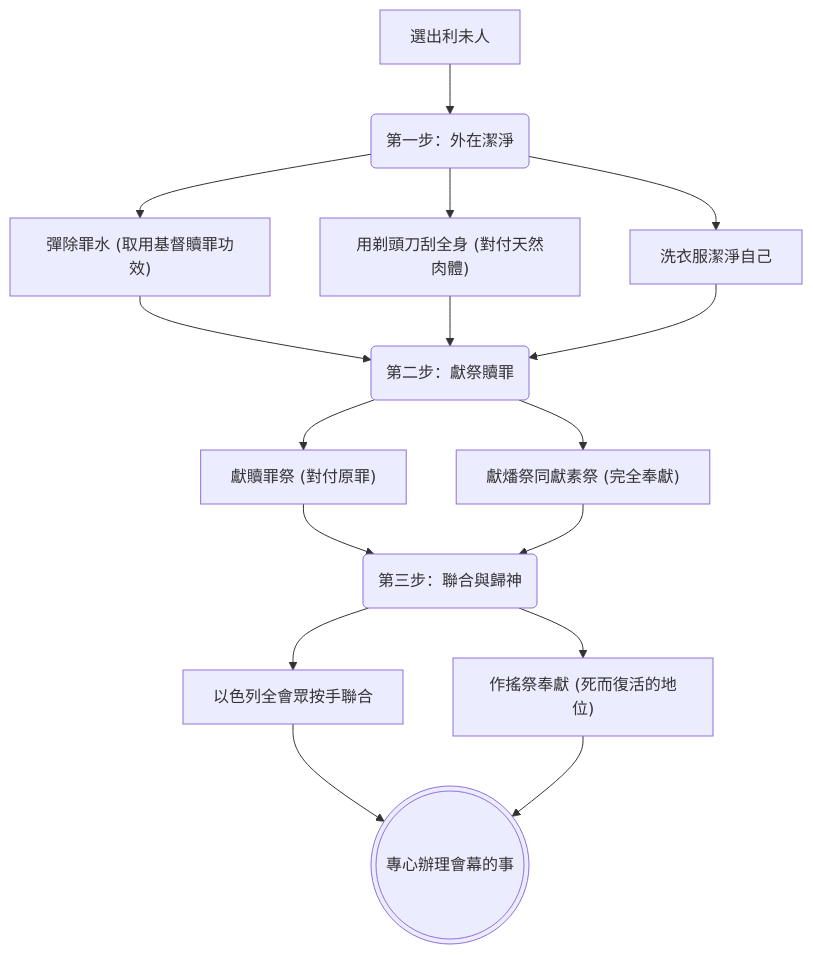
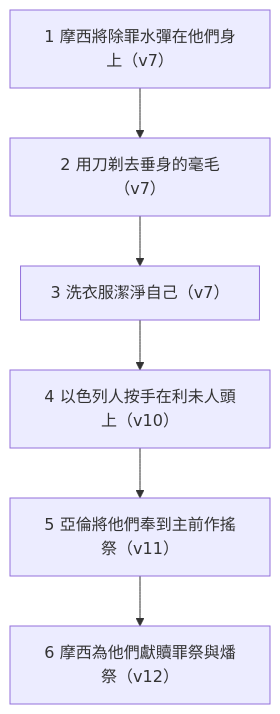
One commit to andyjr5566/Bible_wiki_zh changed the diagram in 04 民數記/第8章.md. Above: the diagram before and after it, drawn with Mermaid. The commit also changed other lines of this file and 44 other files, not shown here.

````diff
--- a/04 民數記/第8章.md
+++ b/04 民數記/第8章.md
@@ -83,14 +91,8 @@
 ```mermaid
 flowchart TD
-    A["選出利未人"] --> B("第一步：外在潔淨")
-    B --> C["彈除罪水 (取用基督贖罪功效)"]
-    B --> D["用剃頭刀刮全身 (對付天然肉體)"]
-    B --> E["洗衣服潔淨自己"]
-    C & D & E --> F("第二步：獻祭贖罪")
-    F --> G["獻贖罪祭 (對付原罪)"]
-    F --> H["獻燔祭同獻素祭 (完全奉獻)"]
-    G & H --> I("第三步：聯合與歸神")
-    I --> J["以色列全會眾按手聯合"]
-    I --> K["作搖祭奉獻 (死而復活的地位)"]
-    J & K --> L((("專心辦理會幕的事")))
+    A["1 摩西將除罪水彈在他們身上（v7）"] --> B["2 用刀剃去垂身的毫毛（v7）"]
+    B --> C["3 洗衣服潔淨自己（v7）"]
+    C --> D["4 以色列人按手在利未人頭上（v10）"]
+    D --> E["5 亞倫將他們奉到主前作搖祭（v11）"]
+    E --> F["6 摩西為他們獻贖罪祭與燔祭（v12）"]
 ```
````
